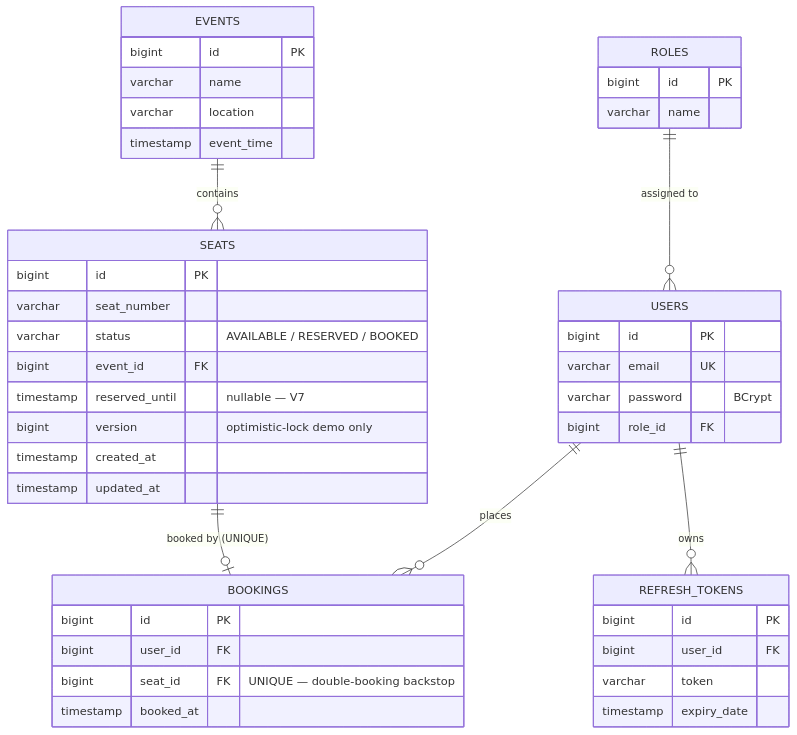
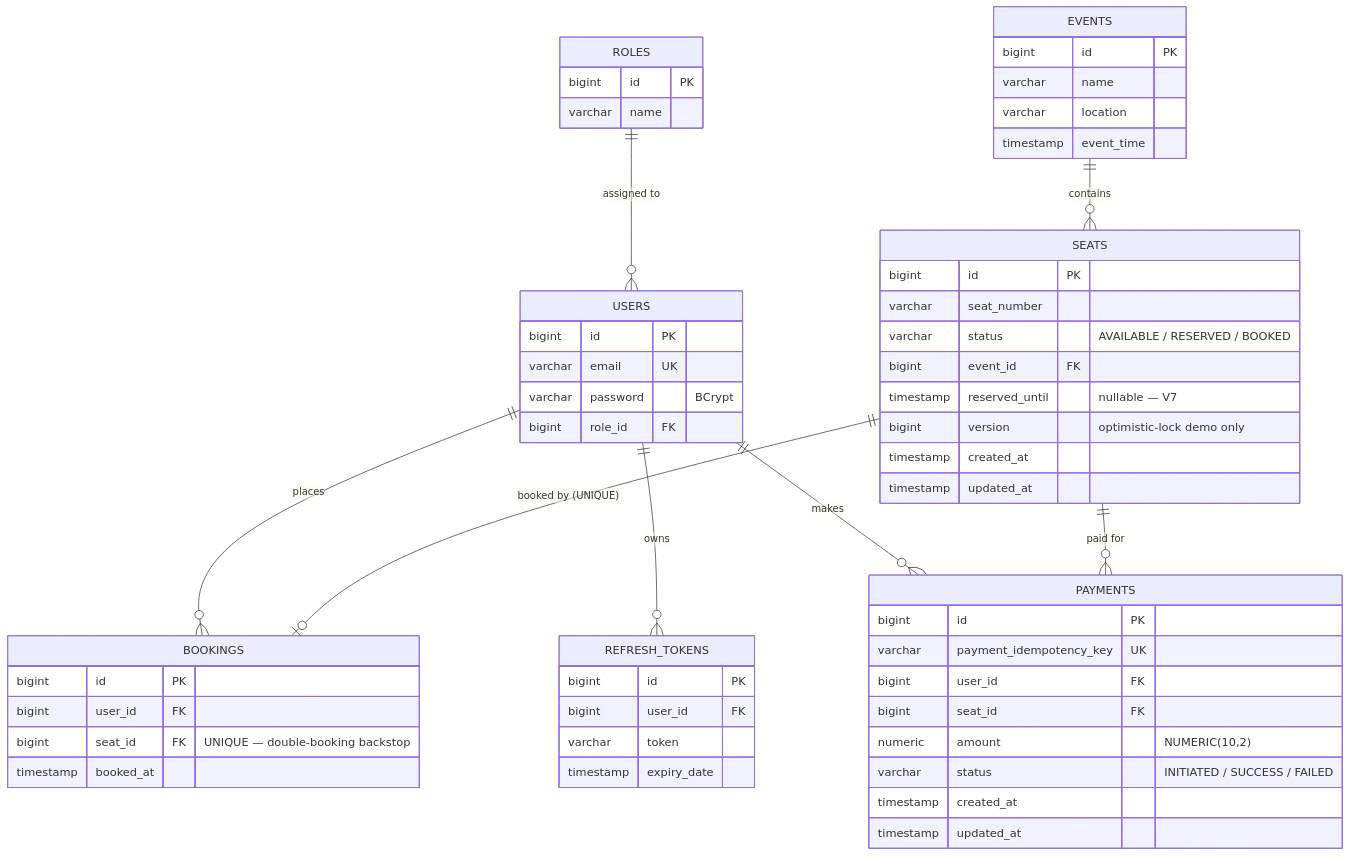
One commit to pranshu-2853/ticket-booking-system changed the eighth of 8 diagrams in README.md. Above: the diagram before and after it, drawn with Mermaid. The commit also changed other lines of this file, not shown here.

Commit message:
docs: update README for payment idempotency

````diff
--- a/README.md
+++ b/README.md
@@ -422,52 +486,65 @@
 ```mermaid
 erDiagram
     ROLES ||--o{ USERS : "assigned to"
     USERS ||--o{ BOOKINGS : places
     USERS ||--o{ REFRESH_TOKENS : owns
+    USERS ||--o{ PAYMENTS : makes
     EVENTS ||--o{ SEATS : contains
     SEATS ||--o| BOOKINGS : "booked by (UNIQUE)"
+    SEATS ||--o{ PAYMENTS : "paid for"
 
     ROLES {
         bigint id PK
         varchar name
     }
 
     USERS {
         bigint id PK
         varchar email UK
         varchar password "BCrypt"
         bigint role_id FK
     }
 
     EVENTS {
         bigint id PK
         varchar name
         varchar location
         timestamp event_time
     }
 
     SEATS {
         bigint id PK
         varchar seat_number
         varchar status "AVAILABLE / RESERVED / BOOKED"
         bigint event_id FK
         timestamp reserved_until "nullable — V7"
         bigint version "optimistic-lock demo only"
         timestamp created_at
         timestamp updated_at
     }
 
     BOOKINGS {
         bigint id PK
         bigint user_id FK
         bigint seat_id FK "UNIQUE — double-booking backstop"
         timestamp booked_at
     }
 
     REFRESH_TOKENS {
         bigint id PK
         bigint user_id FK
         varchar token
         timestamp expiry_date
     }
+
+    PAYMENTS {
+        bigint id PK
+        varchar payment_idempotency_key UK
+        bigint user_id FK
+        bigint seat_id FK
+        numeric amount "NUMERIC(10,2)"
+        varchar status "INITIATED / SUCCESS / FAILED"
+        timestamp created_at
+        timestamp updated_at
+    }
 ```
````
